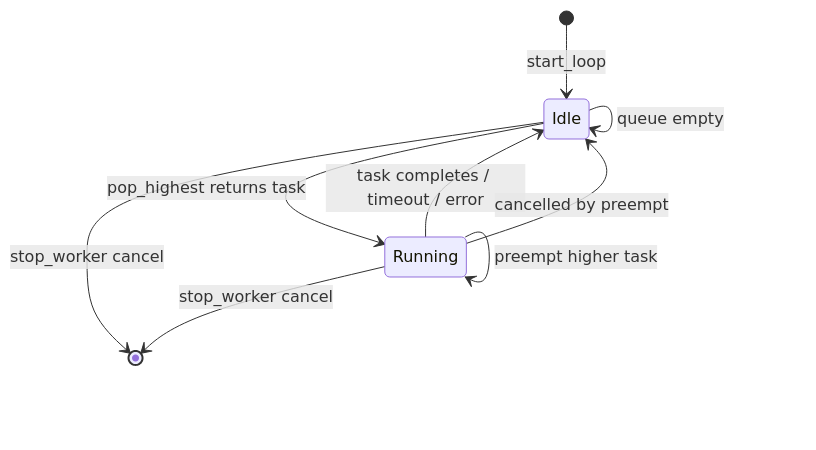
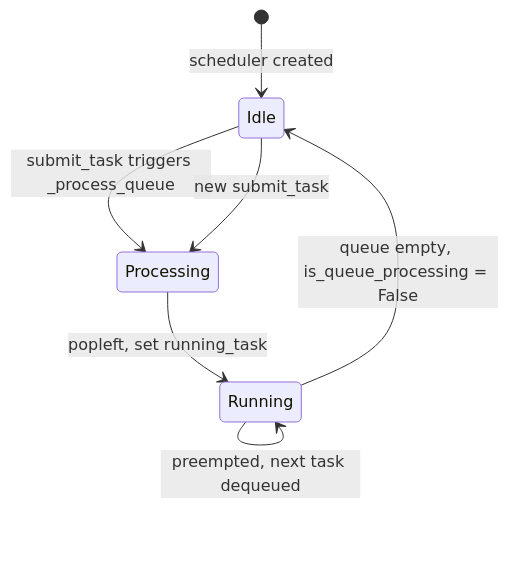
Before and after one commit to scoville/test_filter_queue: the eighth of 8 diagrams in .cursor/plans/system_architecture_workflow_b2d79ca7.plan.md, drawn with Mermaid. The commit also changed other lines of this file and 1 other file, not shown here.

Commit message:
update system architecture

````diff
--- a/.cursor/plans/system_architecture_workflow_b2d79ca7.plan.md
+++ b/.cursor/plans/system_architecture_workflow_b2d79ca7.plan.md
@@ -225,11 +235,10 @@
 ```mermaid
 stateDiagram-v2
-    [*] --> Idle: start_loop
-    Idle --> Running: pop_highest returns task
-    Running --> Idle: task completes / timeout / error
-    Running --> Running: preempt higher task
-    Idle --> Idle: queue empty
-    Running --> Idle: cancelled by preempt
-    Idle --> [*]: stop_worker cancel
-    Running --> [*]: stop_worker cancel
+    [*] --> Idle: scheduler created
+    Idle --> Processing: submit_task triggers _process_queue
+    Processing --> Running: popleft, set running_task
+    Running --> Running: await coroutine
+    Running --> Running: preempted, next task dequeued
+    Running --> Idle: queue empty, is_queue_processing = False
+    Idle --> Processing: new submit_task
 ```
````
